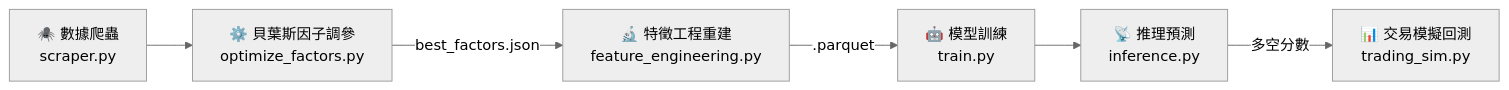
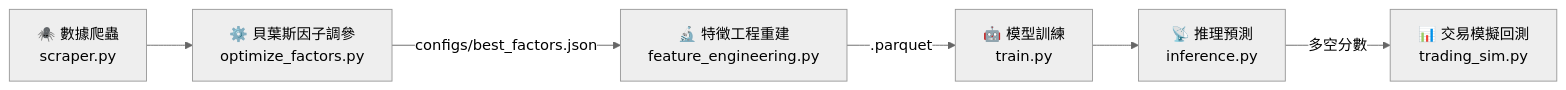
Before and after one commit to KresseLock/Stock: the first of 2 diagrams in README.md, drawn with Mermaid (neutral theme). The commit also changed other lines of this file and 17 other files, not shown here.

````diff
--- a/README.md
+++ b/README.md
@@ -41,8 +41,8 @@
 ```mermaid
 flowchart LR
     A["🕷️ 數據爬蟲\nscraper.py"] --> B["⚙️ 貝葉斯因子調參\noptimize_factors.py"]
-    B -->|best_factors.json| C["🔬 特徵工程重建\nfeature_engineering.py"]
+    B -->|configs/best_factors.json| C["🔬 特徵工程重建\nfeature_engineering.py"]
     C -->|.parquet| D["🤖 模型訓練\ntrain.py"]
     D --> E["📡 推理預測\ninference.py"]
     E -->|多空分數| F["📊 交易模擬回測\ntrading_sim.py"]
 ```
````
